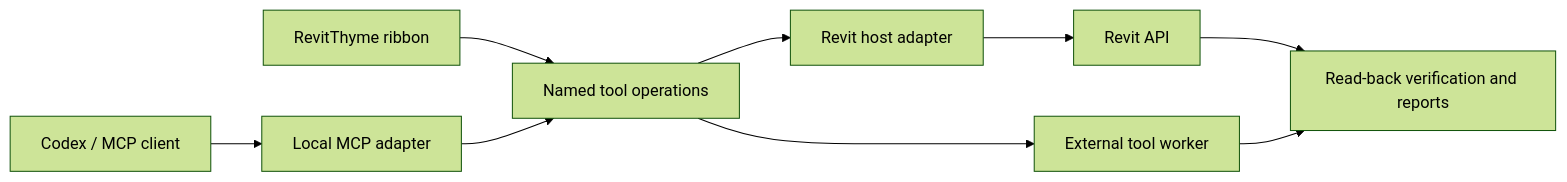
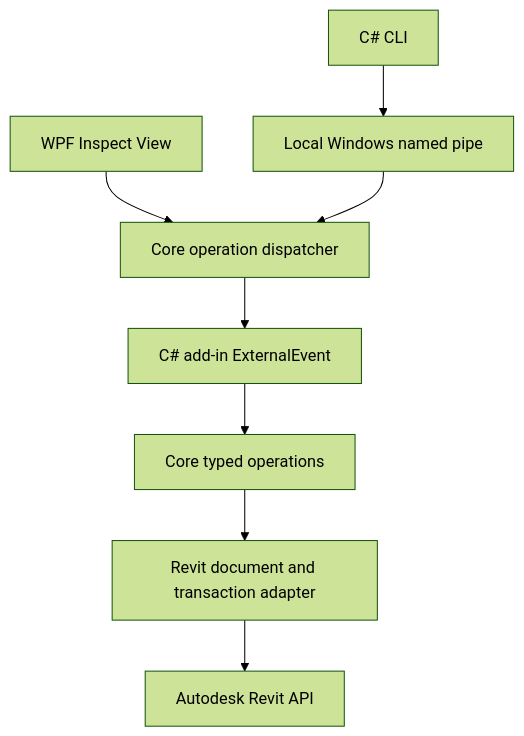
The diagram in docs/ARCHITECTURE.md (scwlkr/RevitThyme), drawn with Mermaid (forest theme) before and after one commit. The commit also changed other lines of this file and 282 other files, not shown here.

Commit message:
WLK-244 Complete the C# RevitThyme Foundation stage

````diff
--- a/docs/ARCHITECTURE.md
+++ b/docs/ARCHITECTURE.md
@@ -15,11 +5,10 @@
 ```mermaid
-flowchart LR
-    Ribbon[RevitThyme ribbon] --> Operations[Named tool operations]
-    Codex[Codex / MCP client] --> MCP[Local MCP adapter]
-    MCP --> Operations
-    Operations --> Host[Revit host adapter]
-    Operations --> Worker[External tool worker]
-    Host --> Revit[Revit API]
-    Revit --> Evidence[Read-back verification and reports]
-    Worker --> Evidence
+flowchart TD
+    UI[WPF Inspect View] --> Queue[Core operation dispatcher]
+    CLI[C# CLI] --> Pipe[Local Windows named pipe]
+    Pipe --> Queue
+    Queue --> Event[C# add-in ExternalEvent]
+    Event --> Ops[Core typed operations]
+    Ops --> Adapter[Revit document and transaction adapter]
+    Adapter --> Revit[Autodesk Revit API]
 ```
````
